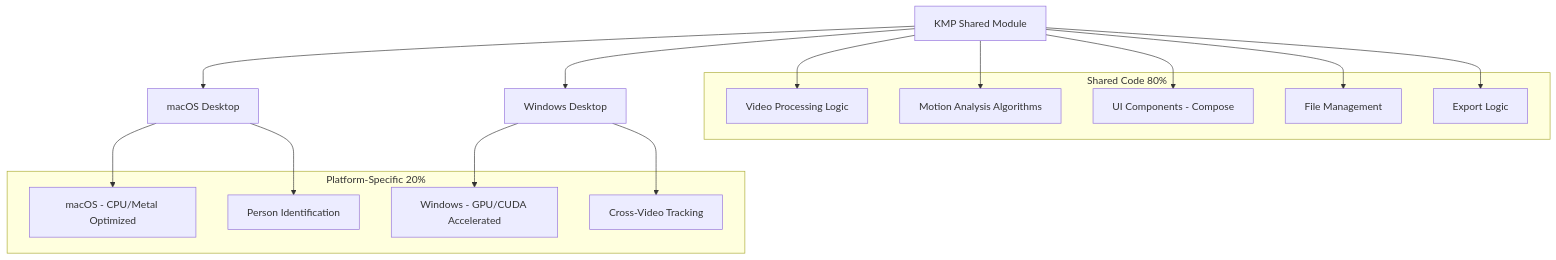
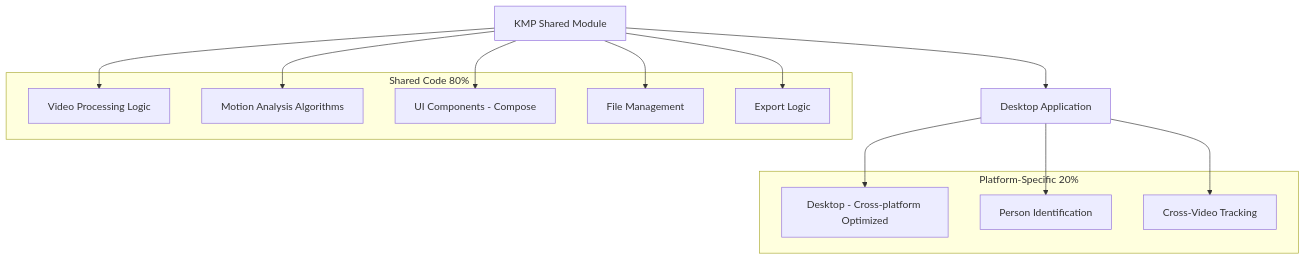
The first of 2 diagrams in README.md (hungyanbin/motioncut), drawn with Mermaid before and after one commit. The commit also changed other lines of this file, not shown here.

````diff
--- a/README.md
+++ b/README.md
@@ -11,31 +11,28 @@
 ```mermaid
 graph TD
-    A[KMP Shared Module] --> B[macOS Desktop]
-    A --> C[Windows Desktop]
+    A[KMP Shared Module] --> B[Desktop Application]
     
     subgraph "Shared Code 80%"
         D[Video Processing Logic]
         E[Motion Analysis Algorithms]
         F[UI Components - Compose]
         G[File Management]
         H[Export Logic]
     end
     
     subgraph "Platform-Specific 20%"
-        I[macOS - CPU/Metal Optimized]
-        J[Windows - GPU/CUDA Accelerated]
+        I[Desktop - Cross-platform Optimized]
         K[Person Identification]
         L[Cross-Video Tracking]
     end
     
     A --> D
     A --> E
     A --> F
     A --> G
     A --> H
     
     B --> I
-    C --> J
     B --> K
-    C --> L
+    B --> L
 ```
````
